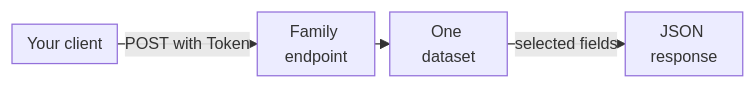
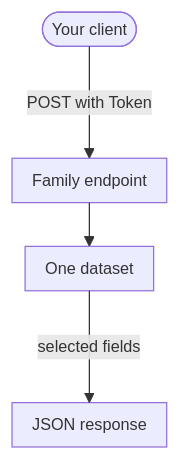
One commit to aziontech/docs changed the diagram in apps/docs/src/content/docs/en/homes/graphql-home.mdx. Above: the diagram before and after it, drawn with Mermaid. The commit also changed 179 other files, not shown here.

Commit message:
docs(diagrams): redraw every other diagram in the use-case diagram style (#2513)

````diff
--- a/apps/docs/src/content/docs/en/homes/graphql-home.mdx
+++ b/apps/docs/src/content/docs/en/homes/graphql-home.mdx
@@ -80,7 +80,7 @@
 ```mermaid
-%%{init: {"layout": "dagre", "themeVariables": {"fontSize": "13px"}, "flowchart": {"nodeSpacing": 12, "rankSpacing": 12, "padding": 6, "wrappingWidth": 70, "minNodeWidth": 40, "useMaxWidth": true}}}%%
-flowchart LR
-  Client["Your client"] -->|"POST with Token"| Endpoint["Family endpoint"]
+%%{init: {"layout": "elk", "themeVariables": {"fontSize": "13px"}, "flowchart": {"nodeSpacing": 24, "rankSpacing": 36, "padding": 8, "wrappingWidth": 150, "useMaxWidth": true}, "sequence": {"width": 120, "actorMargin": 30, "useMaxWidth": true}}}%%
+flowchart TD
+  Client(["Your client"]) -->|"POST with Token"| Endpoint["Family endpoint"]
   Endpoint --> Dataset["One dataset"]
   Dataset -->|"selected fields"| Json["JSON response"]
 ```
````
